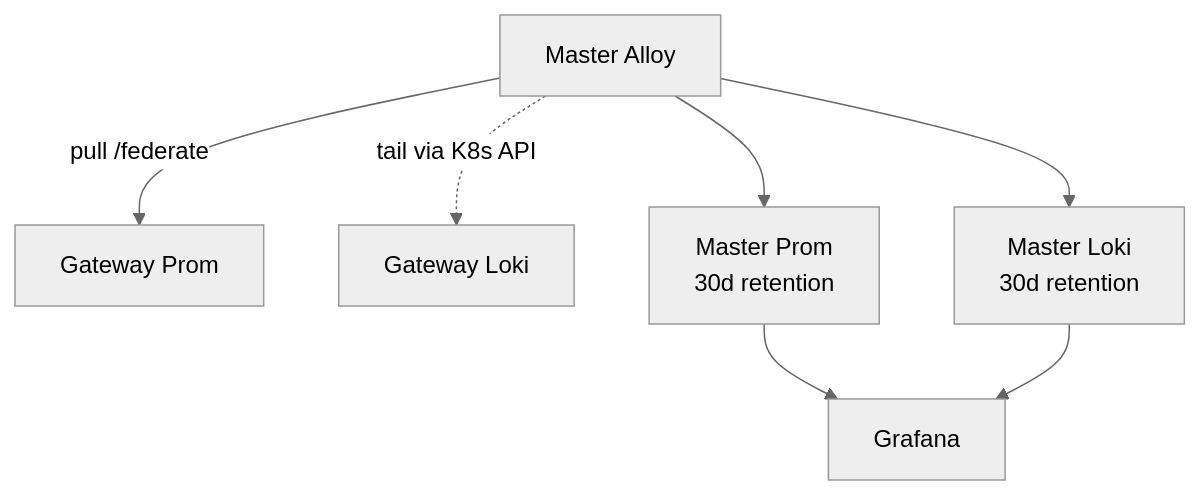
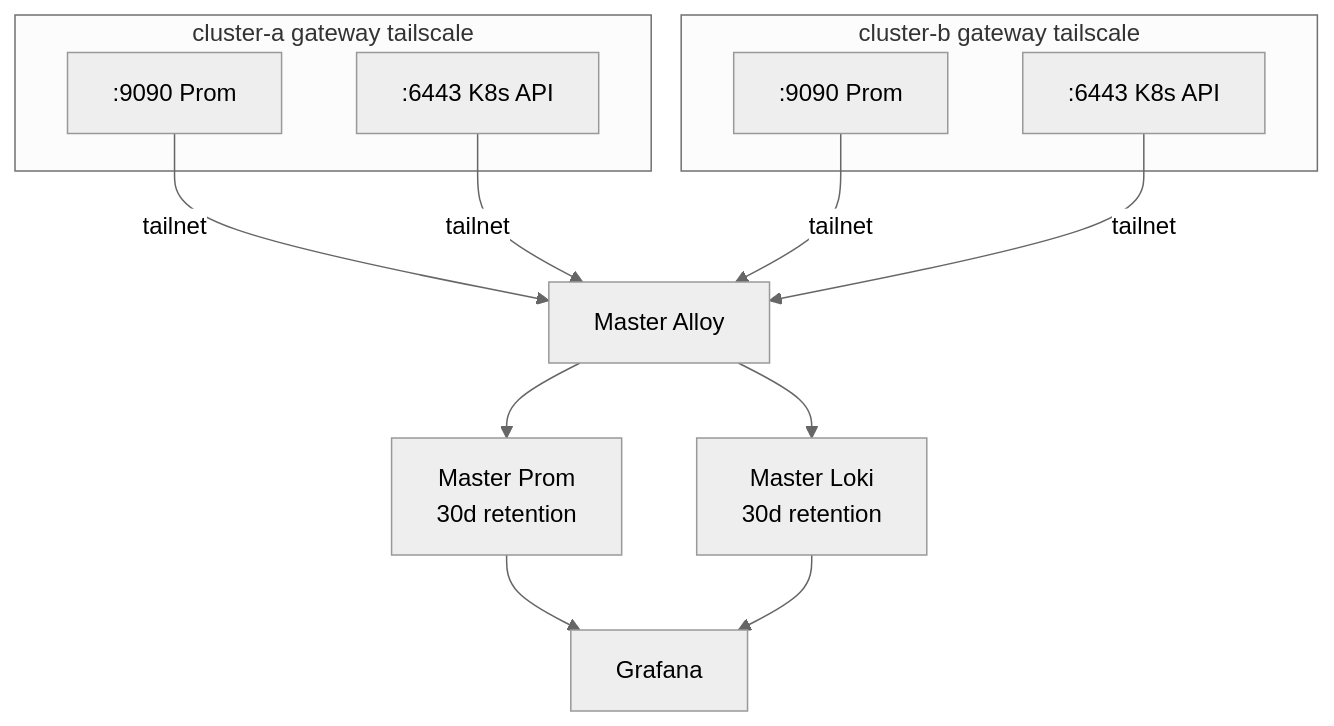
The sixth of 6 diagrams in docs/infrastructure.md (Kord96/kordinate), drawn with Mermaid (neutral theme) before and after one commit. The commit also changed other lines of this file, not shown here.

First line of the commit message:
docs: fix data flow — show Gateway Tailscale as federation point [scribe]

````diff
--- a/docs/infrastructure.md
+++ b/docs/infrastructure.md
@@ -113,11 +134,21 @@
     ```mermaid
     flowchart TB
-        MA[Master Alloy] -->|pull /federate| GP[Gateway Prom]
-        MA -.->|tail via K8s API| GL[Gateway Loki]
+        subgraph GW1[cluster-a gateway tailscale]
+            GP1[:9090 Prom]
+            GK1[:6443 K8s API]
+        end
 
-        MA --> MP[Master Prom<br/>30d retention]
+        subgraph GW2[cluster-b gateway tailscale]
+            GP2[:9090 Prom]
+            GK2[:6443 K8s API]
+        end
+
+        GP1 & GK1 -->|tailnet| MA
+        GP2 & GK2 -->|tailnet| MA
+
+        MA[Master Alloy] --> MP[Master Prom<br/>30d retention]
         MA --> ML[Master Loki<br/>30d retention]
 
         MP --> G[Grafana]
         ML --> G
     ```
````
